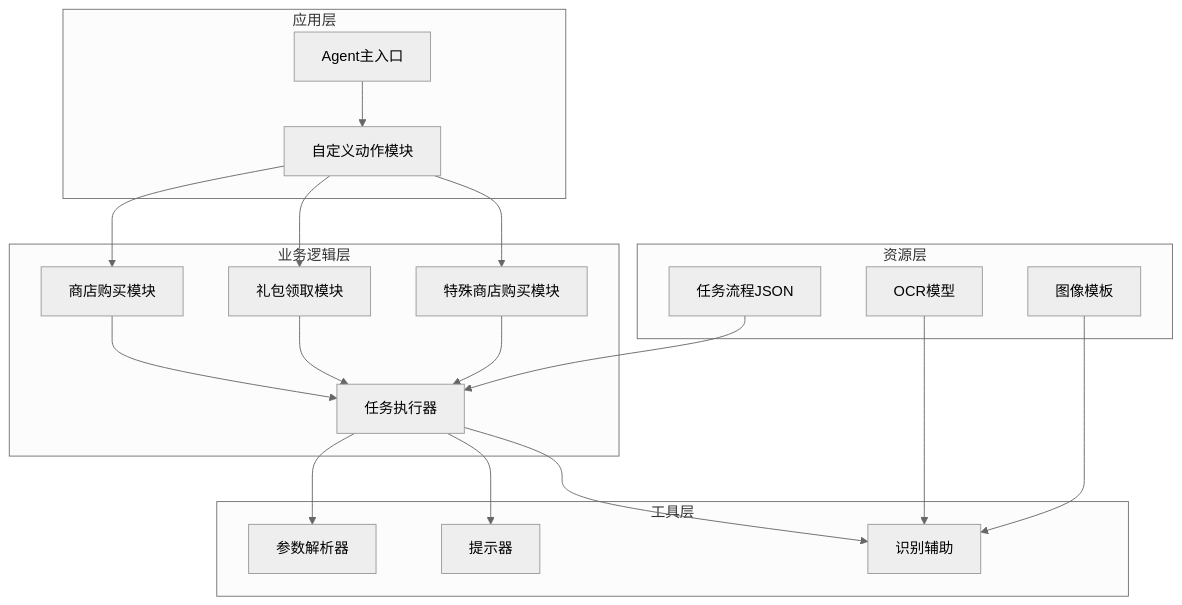
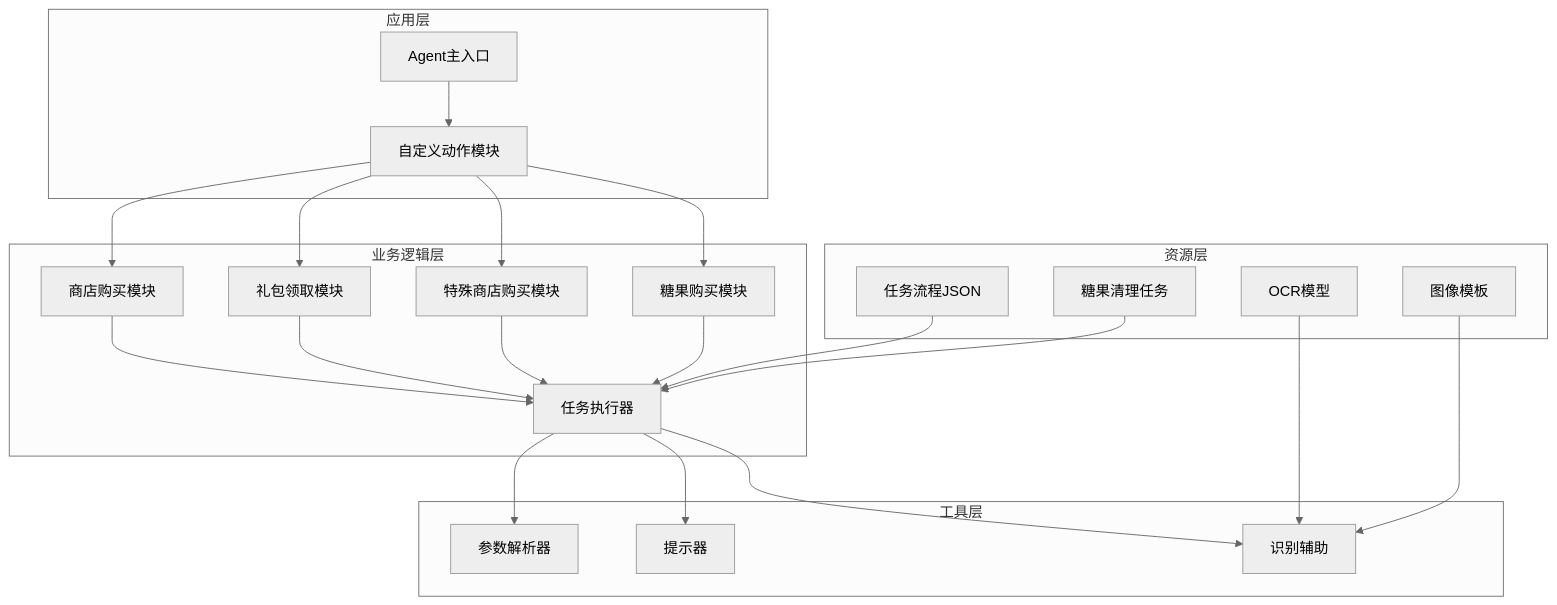
Before and after one commit to kqcoxn/MaaDuDuL: the first of 13 diagrams in .qoder/repowiki/zh/content/核心功能详解/日常任务功能/每日采购功能.md, drawn with Mermaid (neutral theme). The commit also changed other lines of this file and 9 other files, not shown here.

````diff
--- a/.qoder/repowiki/zh/content/核心功能详解/日常任务功能/每日采购功能.md
+++ b/.qoder/repowiki/zh/content/核心功能详解/日常任务功能/每日采购功能.md
@@ -50,36 +58,41 @@
 ```mermaid
 graph TB
 subgraph "应用层"
 A[Agent主入口]
 B[自定义动作模块]
 end
 subgraph "业务逻辑层"
 C[商店购买模块]
 D[礼包领取模块]
 E[任务执行器]
 F[特殊商店购买模块]
+G[糖果购买模块]
 end
 subgraph "工具层"
-G[参数解析器]
-H[提示器]
-I[识别辅助]
+H[参数解析器]
+I[提示器]
+J[识别辅助]
 end
 subgraph "资源层"
-J[任务流程JSON]
-K[OCR模型]
-L[图像模板]
+K[任务流程JSON]
+L[OCR模型]
+M[图像模板]
+N[糖果清理任务]
 end
 A --> B
 B --> C
 B --> D
 B --> F
+B --> G
 C --> E
 D --> E
 F --> E
-E --> G
+G --> E
 E --> H
 E --> I
-J --> E
-K --> I
-L --> I
+E --> J
+K --> E
+N --> E
+L --> J
+M --> J
 ```
````
